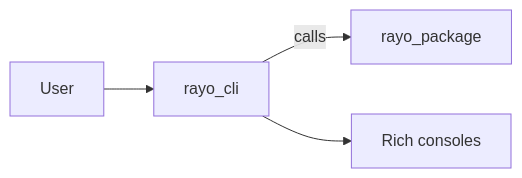
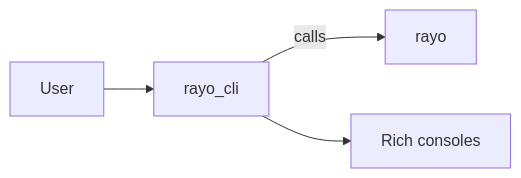
One commit to coldsofttech/Rayo changed the second of 3 diagrams in docs/architecture.md. Above: the diagram before and after it, drawn with Mermaid. The commit also changed other lines of this file and 35 other files, not shown here.

````diff
--- a/docs/architecture.md
+++ b/docs/architecture.md
@@ -49,6 +49,6 @@
 ```mermaid
 flowchart LR
     U[User] --> C[rayo_cli]
-    C -->|calls| L[rayo_package]
+    C -->|calls| L[rayo]
     C --> O[Rich consoles]
 ```
````
